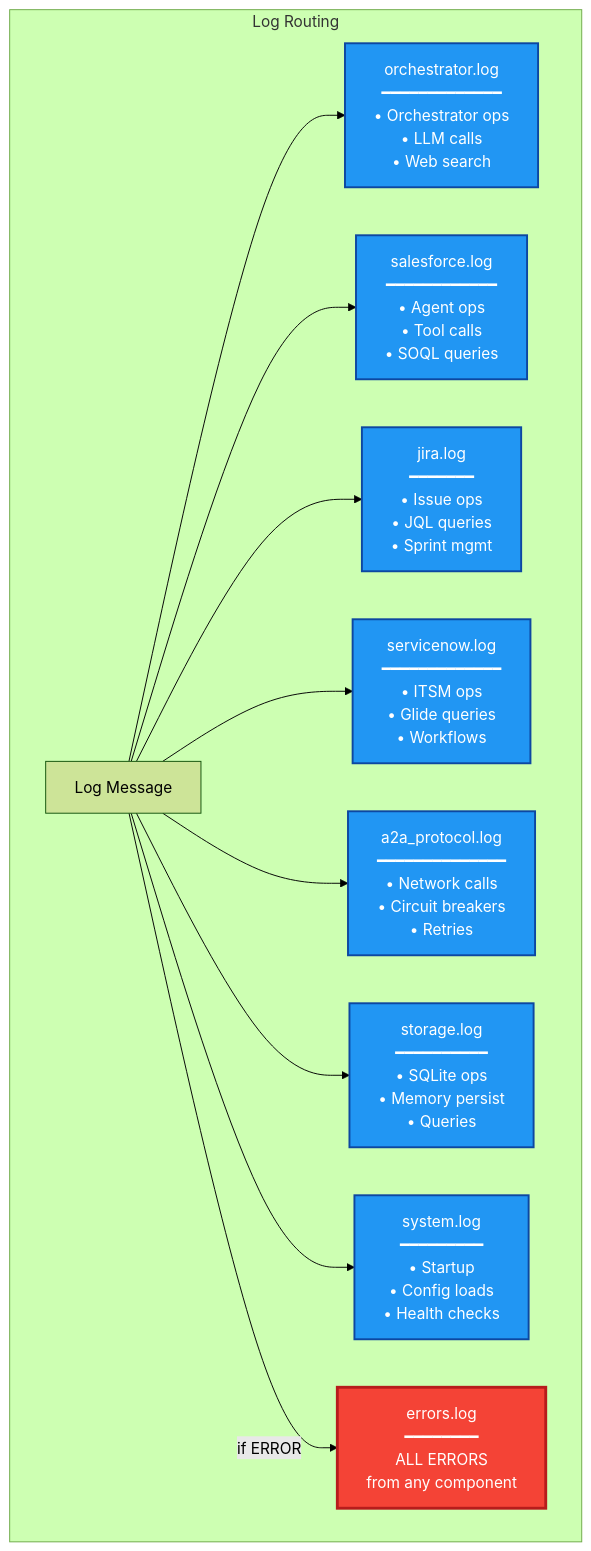
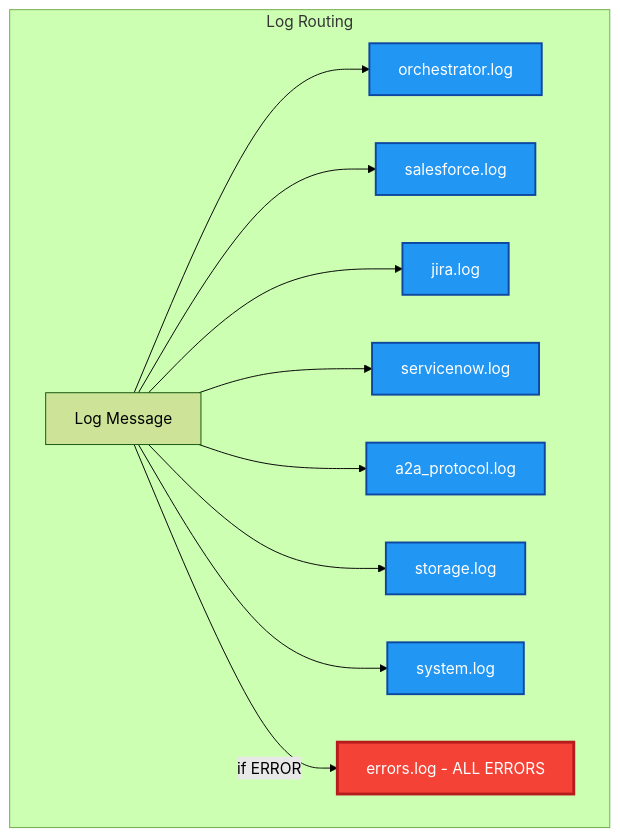
One commit to nickpeterson92/consultant-assistant changed the fourth of 5 diagrams in docs/operations/logging-observability.md. Above: the diagram before and after it, drawn with Mermaid (forest theme). The commit also changed other lines of this file and 10 other files, not shown here.

Commit message:
mermaid update

````diff
--- a/docs/operations/logging-observability.md
+++ b/docs/operations/logging-observability.md
@@ -186,27 +186,27 @@
 ```mermaid
 flowchart TB
     %% Define styles
     classDef logClass fill:#2196f3,stroke:#0d47a1,stroke-width:2px,color:#ffffff
     classDef errorClass fill:#f44336,stroke:#b71c1c,stroke-width:3px,color:#ffffff
     
     %% Log routing
     subgraph routing["Log Routing"]
         MSG[Log Message]
         
-        MSG --> ORCH[orchestrator.log<br/>━━━━━━━━━━━━━<br/>• Orchestrator ops<br/>• LLM calls<br/>• Web search]:::logClass
+        MSG --> ORCH[orchestrator.log]:::logClass
         
-        MSG --> SF[salesforce.log<br/>━━━━━━━━━━━━<br/>• Agent ops<br/>• Tool calls<br/>• SOQL queries]:::logClass
+        MSG --> SF[salesforce.log]:::logClass
         
-        MSG --> JIRA[jira.log<br/>━━━━━━━<br/>• Issue ops<br/>• JQL queries<br/>• Sprint mgmt]:::logClass
+        MSG --> JIRA[jira.log]:::logClass
         
-        MSG --> SN[servicenow.log<br/>━━━━━━━━━━━━━<br/>• ITSM ops<br/>• Glide queries<br/>• Workflows]:::logClass
+        MSG --> SN[servicenow.log]:::logClass
         
-        MSG --> A2A[a2a_protocol.log<br/>━━━━━━━━━━━━━━<br/>• Network calls<br/>• Circuit breakers<br/>• Retries]:::logClass
+        MSG --> A2A[a2a_protocol.log]:::logClass
         
-        MSG --> STORE[storage.log<br/>━━━━━━━━━━<br/>• SQLite ops<br/>• Memory persist<br/>• Queries]:::logClass
+        MSG --> STORE[storage.log]:::logClass
         
-        MSG --> SYS[system.log<br/>━━━━━━━━━<br/>• Startup<br/>• Config loads<br/>• Health checks]:::logClass
+        MSG --> SYS[system.log]:::logClass
         
-        MSG -->|"if ERROR"| ERR[errors.log<br/>━━━━━━━━<br/>ALL ERRORS<br/>from any component]:::errorClass
+        MSG -->|"if ERROR"| ERR[errors.log - ALL ERRORS]:::errorClass
     end
 ```
````
